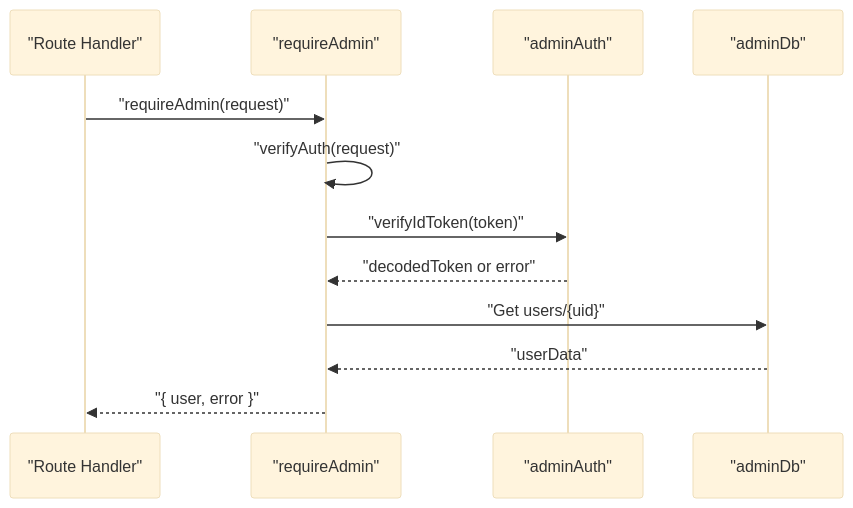
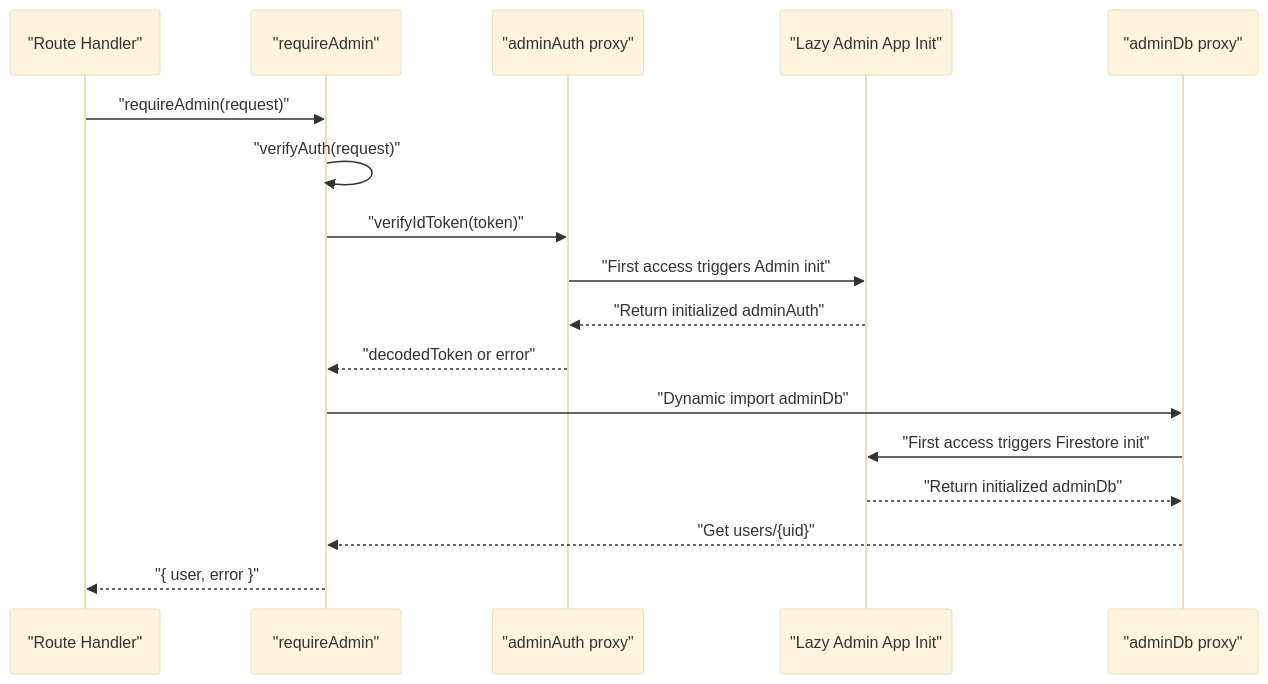
Before and after one commit to alikizang/datafrica: the sixth of 10 diagrams in .qoder/repowiki/en/content/Authentication System/Firebase Integration.md, drawn with Mermaid (base theme). The commit also changed other lines of this file and 23 other files, not shown here.

````diff
--- a/.qoder/repowiki/en/content/Authentication System/Firebase Integration.md
+++ b/.qoder/repowiki/en/content/Authentication System/Firebase Integration.md
@@ -204,14 +248,19 @@
 ```mermaid
 sequenceDiagram
 participant R as "Route Handler"
 participant MW as "requireAdmin"
-participant AD as "adminAuth"
-participant DB as "adminDb"
+participant AD as "adminAuth proxy"
+participant LAZY as "Lazy Admin App Init"
+participant DB as "adminDb proxy"
 R->>MW : "requireAdmin(request)"
 MW->>MW : "verifyAuth(request)"
 MW->>AD : "verifyIdToken(token)"
+AD->>LAZY : "First access triggers Admin init"
+LAZY-->>AD : "Return initialized adminAuth"
 AD-->>MW : "decodedToken or error"
-MW->>DB : "Get users/{uid}"
-DB-->>MW : "userData"
+MW->>DB : "Dynamic import adminDb"
+DB->>LAZY : "First access triggers Firestore init"
+LAZY-->>DB : "Return initialized adminDb"
+DB-->>MW : "Get users/{uid}"
 MW-->>R : "{ user, error }"
 ```
````
